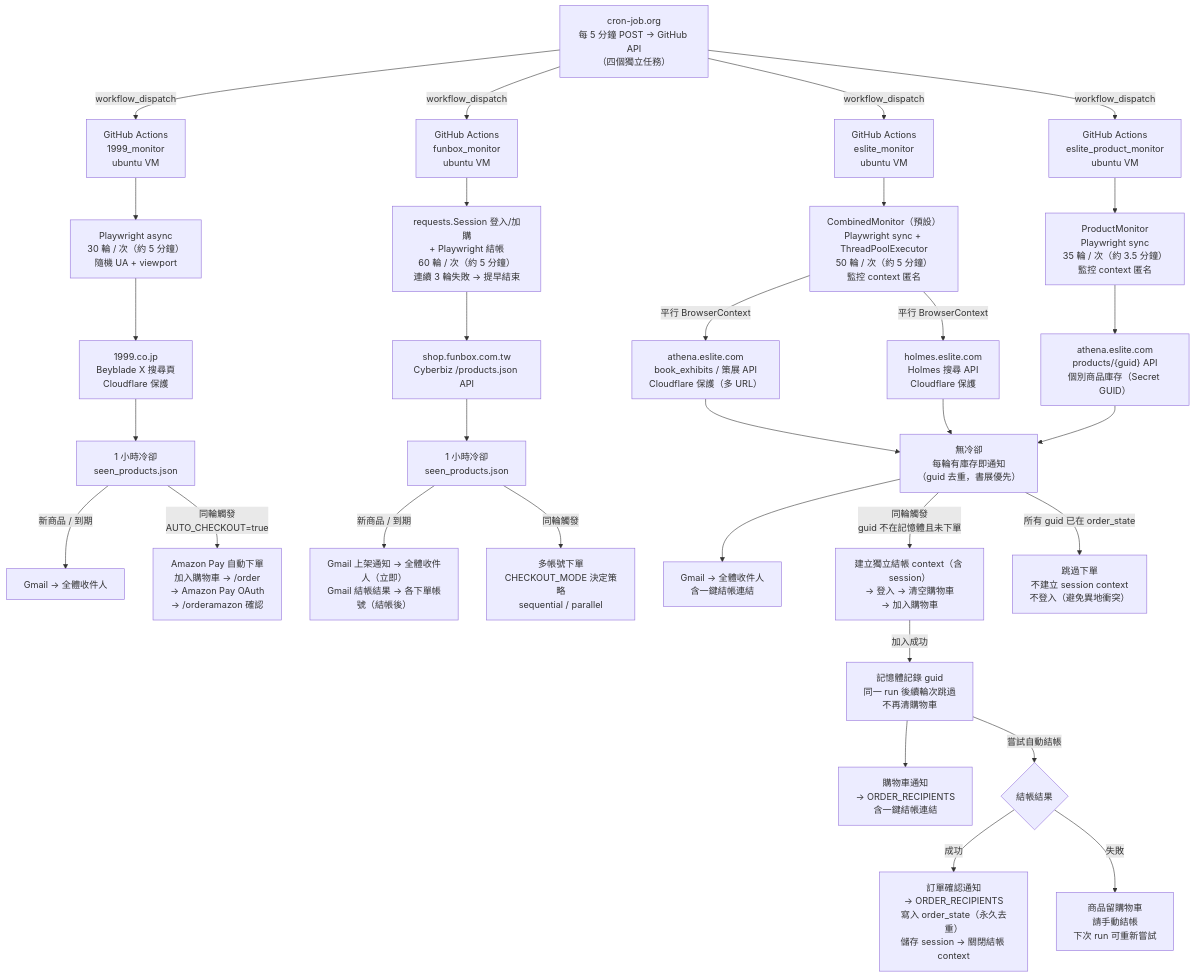
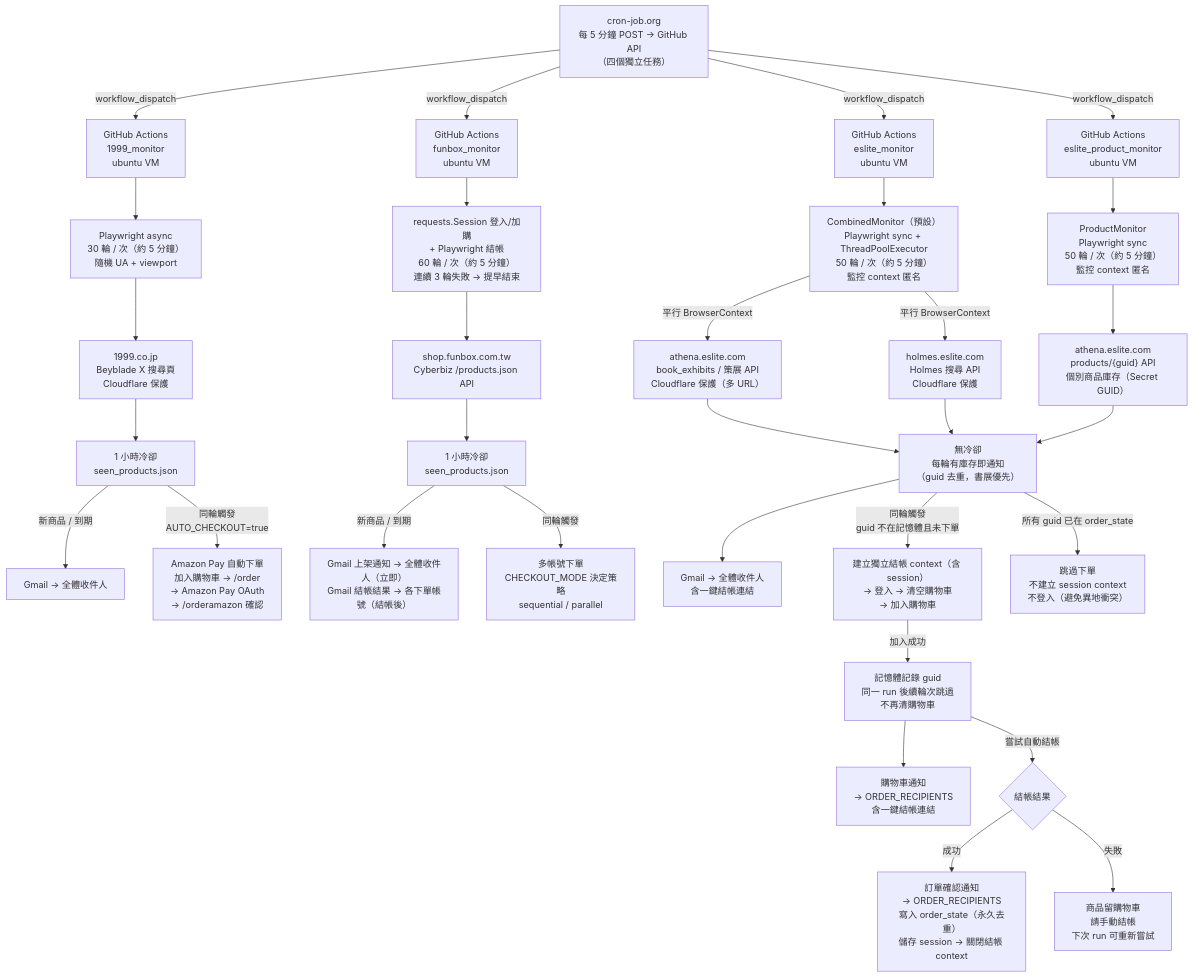
One commit to k0341055/beyblade-funbox-monitor changed the diagram in README.md. Above: the diagram before and after it, drawn with Mermaid. The commit also changed other lines of this file, not shown here.

Commit message:
Update GA4 execution rounds in README

````diff
--- a/README.md
+++ b/README.md
@@ -16,41 +16,41 @@
 ```mermaid
 flowchart TD
     CRON["cron-job.org\n每 5 分鐘 POST → GitHub API\n（四個獨立任務）"]
 
     CRON -->|workflow_dispatch| GA1["GitHub Actions\n1999_monitor\nubuntu VM"]
     CRON -->|workflow_dispatch| GA2["GitHub Actions\nfunbox_monitor\nubuntu VM"]
     CRON -->|workflow_dispatch| GA3["GitHub Actions\neslite_monitor\nubuntu VM"]
     CRON -->|workflow_dispatch| GA4["GitHub Actions\neslite_product_monitor\nubuntu VM"]
 
     GA1 --> PW1["Playwright async\n30 輪 / 次（約 5 分鐘）\n隨機 UA + viewport"]
     GA2 --> REQ["requests.Session 登入/加購\n+ Playwright 結帳\n60 輪 / 次（約 5 分鐘）\n連續 3 輪失敗 → 提早結束"]
     GA3 --> PW3["CombinedMonitor（預設）\nPlaywright sync + ThreadPoolExecutor\n50 輪 / 次（約 5 分鐘）\n監控 context 匿名"]
-    GA4 --> PW4["ProductMonitor\nPlaywright sync\n35 輪 / 次（約 3.5 分鐘）\n監控 context 匿名"]
+    GA4 --> PW4["ProductMonitor\nPlaywright sync\n50 輪 / 次（約 5 分鐘）\n監控 context 匿名"]
 
     PW1 --> SITE1["1999.co.jp\nBeyblade X 搜尋頁\nCloudflare 保護"]
     REQ --> SITE2["shop.funbox.com.tw\nCyberbiz /products.json API"]
     PW3 -->|平行 BrowserContext| SITE3A["athena.eslite.com\nbook_exhibits / 策展 API\nCloudflare 保護（多 URL）"]
     PW3 -->|平行 BrowserContext| SITE3B["holmes.eslite.com\nHolmes 搜尋 API\nCloudflare 保護"]
     PW4 --> SITE4["athena.eslite.com\nproducts/{guid} API\n個別商品庫存（Secret GUID）"]
 
     SITE1 --> COOL1["1 小時冷卻\nseen_products.json"]
     SITE2 --> COOL2["1 小時冷卻\nseen_products.json"]
     SITE3A --> NOCD["無冷卻\n每輪有庫存即通知\n（guid 去重，書展優先）"]
     SITE3B --> NOCD
     SITE4 --> NOCD
 
     COOL1 -->|新商品 / 到期| MAIL1["Gmail → 全體收件人"]
     COOL1 -->|同輪觸發\nAUTO_CHECKOUT=true| BUY1["Amazon Pay 自動下單\n加入購物車 → /order\n→ Amazon Pay OAuth\n→ /orderamazon 確認"]
     COOL2 -->|新商品 / 到期| MAIL2["Gmail 上架通知 → 全體收件人（立即）\nGmail 結帳結果 → 各下單帳號（結帳後）"]
     NOCD --> MAIL3["Gmail → 全體收件人\n含一鍵結帳連結"]
 
     COOL2 -->|同輪觸發| BUY["多帳號下單\nCHECKOUT_MODE 決定策略\nsequential / parallel"]
     NOCD -->|同輪觸發\nguid 不在記憶體且未下單| ECART["建立獨立結帳 context（含 session）\n→ 登入 → 清空購物車\n→ 加入購物車"]
     NOCD -->|所有 guid 已在 order_state| SKIP["跳過下單\n不建立 session context\n不登入（避免異地衝突）"]
 
     ECART -->|加入成功| CPEND["記憶體記錄 guid\n同一 run 後續輪次跳過\n不再清購物車"]
     CPEND --> CNOTIF["購物車通知\n→ ORDER_RECIPIENTS\n含一鍵結帳連結"]
     CPEND -->|嘗試自動結帳| CHECKOUT{"結帳結果"}
     CHECKOUT -->|成功| ONOTIF["訂單確認通知\n→ ORDER_RECIPIENTS\n寫入 order_state（永久去重）\n儲存 session → 關閉結帳 context"]
     CHECKOUT -->|失敗| MANUAL["商品留購物車\n請手動結帳\n下次 run 可重新嘗試"]
 ```
````
